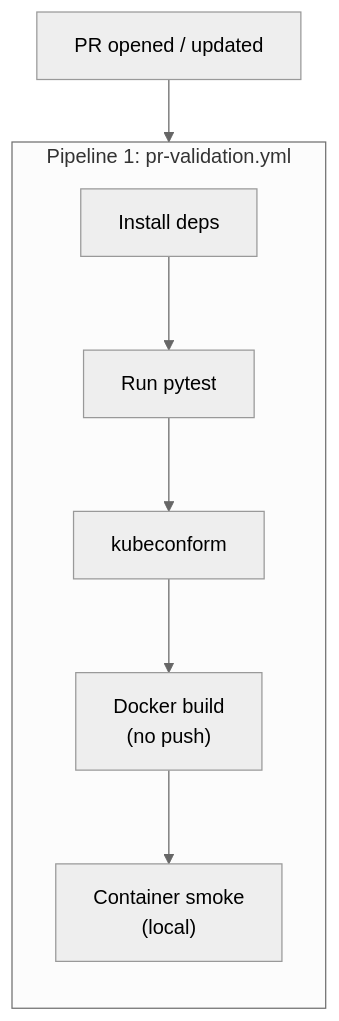
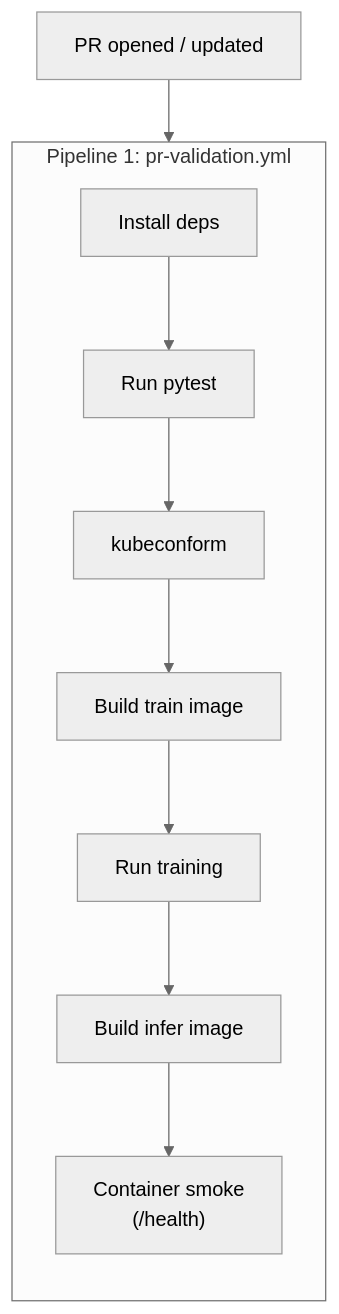
Before and after one commit to Annemarie-Bester/marketing-model-mlops-azure: the first of 5 diagrams in docs/ci-cd-pipeline.md, drawn with Mermaid (neutral theme). The commit also changed other lines of this file and 16 other files, not shown here.

````diff
--- a/docs/ci-cd-pipeline.md
+++ b/docs/ci-cd-pipeline.md
@@ -11,15 +11,17 @@
 ```mermaid
 flowchart TD
     subgraph PR["Pipeline 1: pr-validation.yml"]
         direction TB
         PR_INSTALL["Install deps"]
         PR_TEST["Run pytest"]
         PR_K8S["kubeconform"]
-        PR_BUILD["Docker build\n(no push)"]
-        PR_SMOKE["Container smoke\n(local)"]
+        PR_TRAIN_BUILD["Build train image"]
+        PR_TRAIN_RUN["Run training"]
+        PR_INFER_BUILD["Build infer image"]
+        PR_SMOKE["Container smoke\n(/health)"]
 
-        PR_INSTALL --> PR_TEST --> PR_K8S --> PR_BUILD --> PR_SMOKE
+        PR_INSTALL --> PR_TEST --> PR_K8S --> PR_TRAIN_BUILD --> PR_TRAIN_RUN --> PR_INFER_BUILD --> PR_SMOKE
     end
 
     PR_EVENT["PR opened / updated"] --> PR
 ```
````
